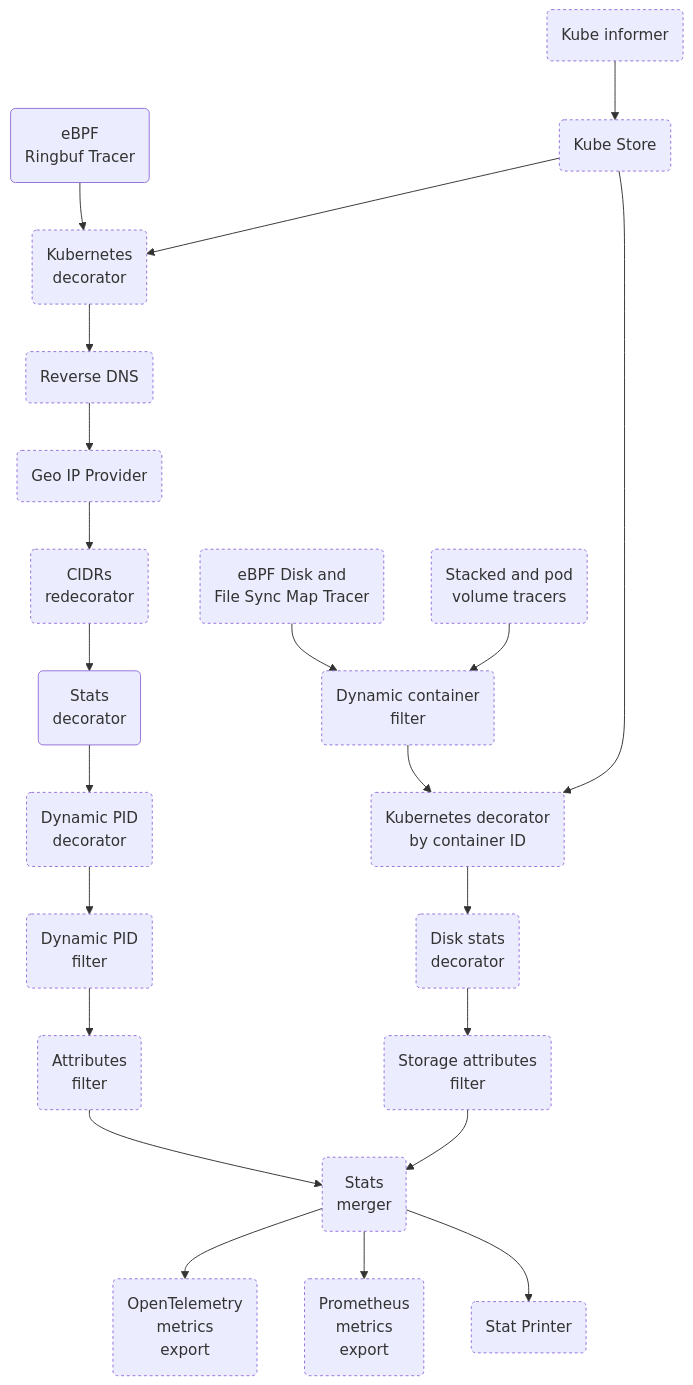
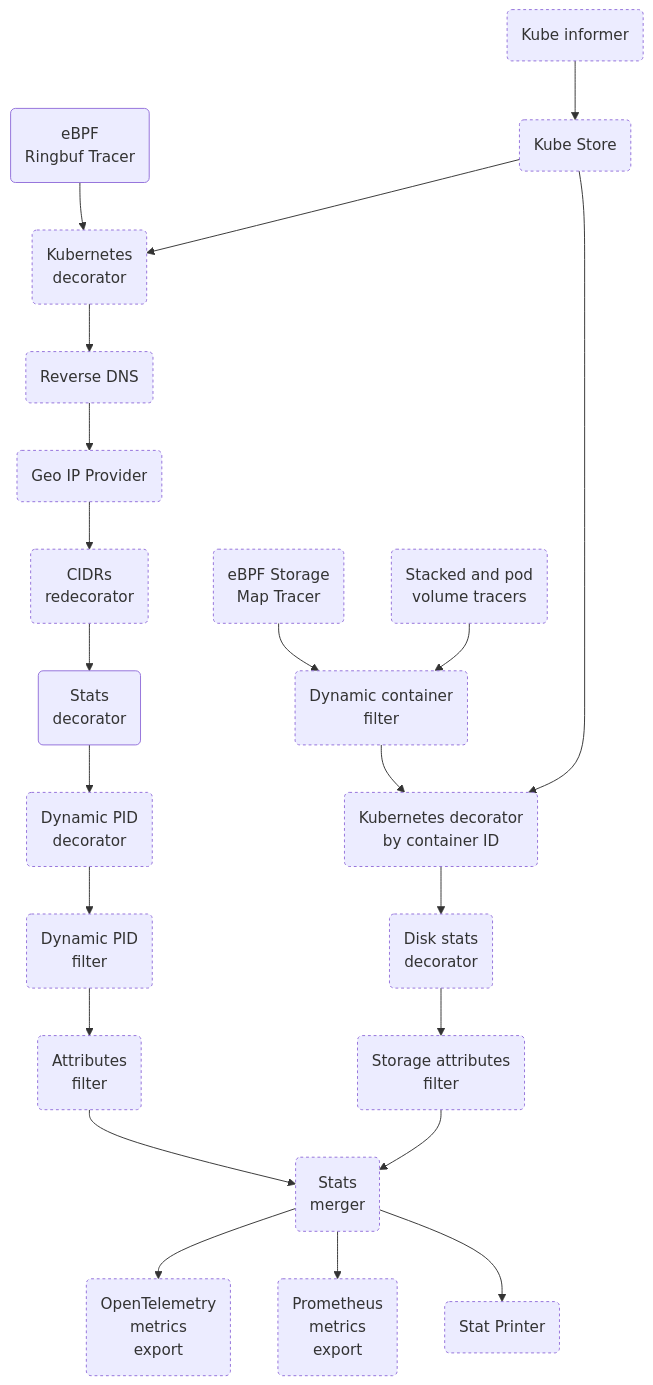
Before and after one commit to TheDwingMAN/opentelemetry-ebpf-instrumentation: the third of 3 diagrams in devdocs/pipeline-map.md, drawn with Mermaid. The commit also changed 1 other file, not shown here.

Commit message:
statsolly: describe the disk map tracer by the storage stats it reads
Its comment named the block I/O and file sync accumulation maps, and the
pipeline map called it the disk and file sync map tracer, but it also
reads the NFS client maps and the requests in flight from sysfs. Both
now say that it reads the storage stats that the kernel keeps, which
holds for each storage feature, so that each PR of the split can carry
the same text.

````diff
--- a/devdocs/pipeline-map.md
+++ b/devdocs/pipeline-map.md
@@ -103,25 +103,25 @@
 ```mermaid
 flowchart TD
     classDef optional stroke-dasharray: 3 3;
     RT(eBPF<br/>Ringbuf Tracer) --> K8S
     KIN(Kube informer):::optional --> KSTORE
     KSTORE(Kube Store):::optional --> K8S
     K8S(Kubernetes<br/>decorator):::optional --> RDNS
     RDNS(Reverse DNS):::optional --> GeoIP
     GeoIP(Geo IP Provider):::optional --> CIDRS
     CIDRS(CIDRs<br/>redecorator):::optional --> DEC
     DEC(Stats<br/>decorator) --> DPD
     DPD(Dynamic PID<br/>decorator):::optional --> DPF
     DPF(Dynamic PID<br/>filter):::optional --> FLTR
     FLTR(Attributes<br/>filter):::optional --> MRG
-    DMT(eBPF Disk and<br/>File Sync Map Tracer):::optional --> DCF
+    DMT(eBPF Storage<br/>Map Tracer):::optional --> DCF
     VT(Stacked and pod<br/>volume tracers):::optional --> DCF
     DCF(Dynamic container<br/>filter):::optional --> DK8S
     KSTORE --> DK8S
     DK8S(Kubernetes decorator<br/>by container ID):::optional --> DDEC
     DDEC(Disk stats<br/>decorator):::optional --> SFLTR
     SFLTR(Storage attributes<br/>filter):::optional --> MRG
     MRG(Stats<br/>merger):::optional --> OTEL(OpenTelemetry<br/>metrics<br/>export):::optional
     MRG --> PROM(Prometheus<br/>metrics<br/>export):::optional
     MRG --> StatPrinter(Stat Printer):::optional
 ```
````
